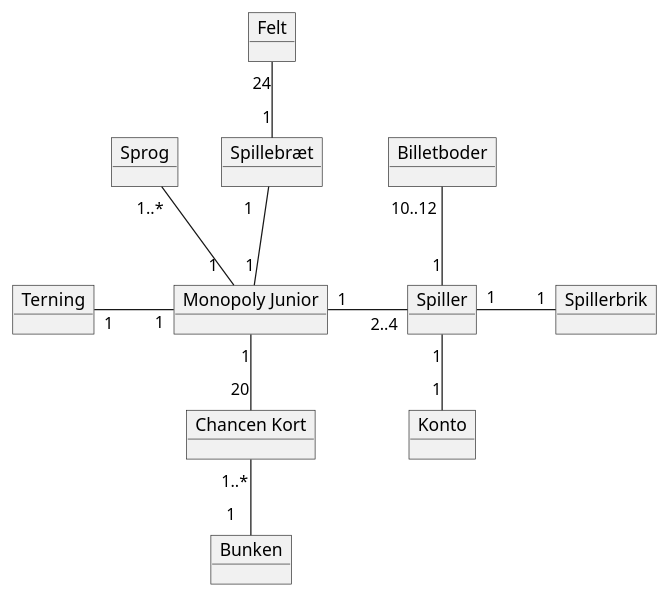
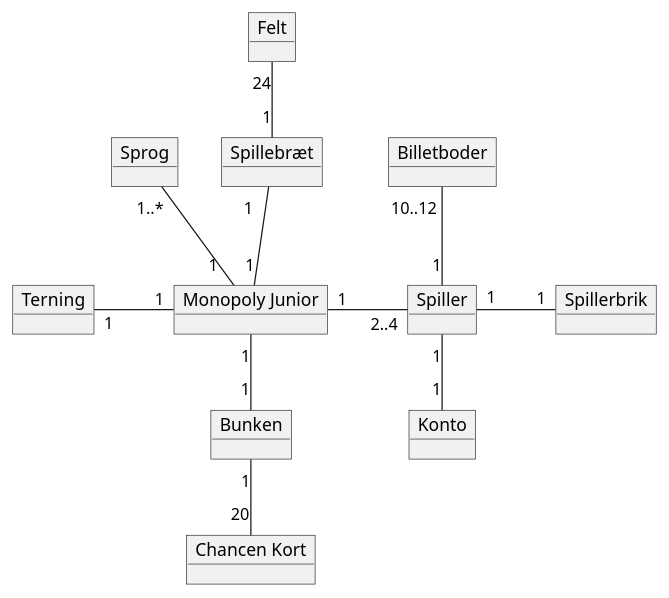
Before and after one commit to Greve2001/CDIO3: the diagram in diagrams/DM_Diagram.puml, drawn with PlantUML.

Commit message:
Updated domain model

```diff
--- a/diagrams/DM_Diagram.puml
+++ b/diagrams/DM_Diagram.puml
@@ -1,27 +1,27 @@
 @startuml
 'https://plantuml.com/object-diagram
 
 object Bunken
 object Spillerbrik
 object Spiller
 object Terning
 object Sprog
 object "Monopoly Junior" as game
 object Konto
 object "Spillebræt" as board
 object Felt
 object "Chancen Kort" as chance
 object Billetboder
 
-chance          "20"         -up-        "1"                game
+Bunken          "1"         -up-        "1"                 game
 Sprog           "1..*"      --          "1  "               game
 Felt            "24"        --          "1"                 board
 board           "1   "      -down-      "1"                 game
 Spiller         "1"         --          "1"                 Konto
 Spiller         "2..4"      -left-      "1"                 game    : \t
 Spiller         "1"         -right-     "1"                 Spillerbrik :\t
 Spiller         "1"         -up-        "10..12"            Billetboder :\t
-Terning         "1    "     -right-     "    1"             game    : \t
-Bunken          "1   "      -up-        "1..*"              chance
+Terning         "1    "     -right-     "  1"               game    : \t
+chance          "20"        -up-        " 1"                Bunken
 
 @enduml
```
